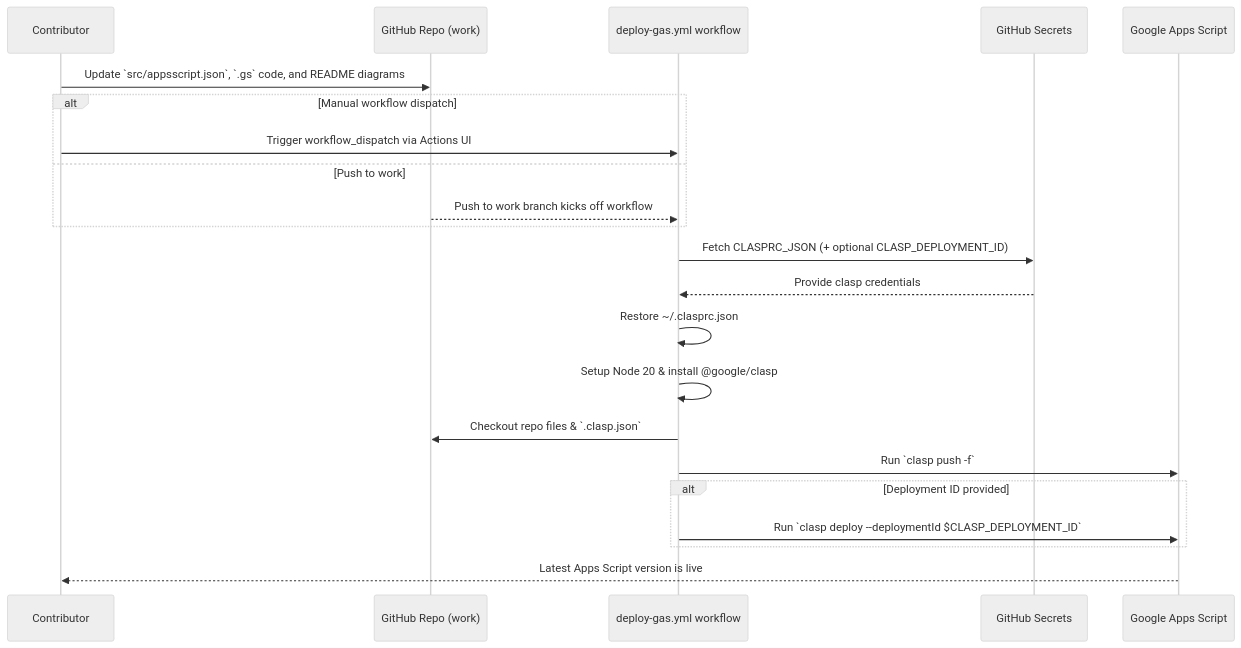
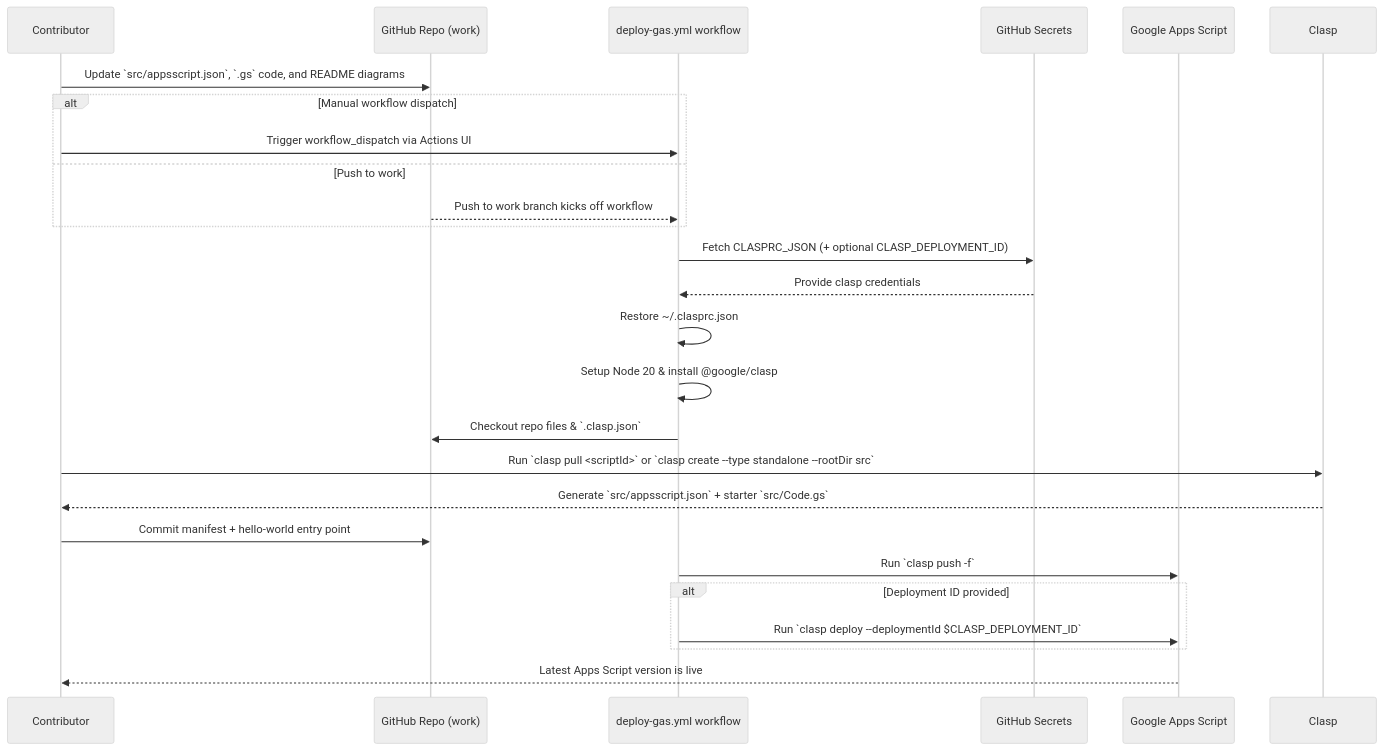
Before and after one commit to muyueh/test-clasp: the third of 5 diagrams in README.md, drawn with Mermaid (neutral theme). The commit also changed other lines of this file and 2 other files, not shown here.

Commit message:
feat: sync src with clasp hello world

````diff
--- a/README.md
+++ b/README.md
@@ -45,24 +47,27 @@
 ```mermaid
 sequenceDiagram
     participant Dev as Contributor
     participant Repo as GitHub Repo (work)
     participant CI as deploy-gas.yml workflow
     participant Secrets as GitHub Secrets
     participant GAS as Google Apps Script
     Dev->>Repo: Update `src/appsscript.json`, `.gs` code, and README diagrams
     alt Manual workflow dispatch
         Dev->>CI: Trigger workflow_dispatch via Actions UI
     else Push to work
         Repo-->>CI: Push to work branch kicks off workflow
     end
     CI->>Secrets: Fetch CLASPRC_JSON (+ optional CLASP_DEPLOYMENT_ID)
     Secrets-->>CI: Provide clasp credentials
     CI->>CI: Restore ~/.clasprc.json
     CI->>CI: Setup Node 20 & install @google/clasp
     CI->>Repo: Checkout repo files & `.clasp.json`
+    Dev->>Clasp: Run `clasp pull <scriptId>` or `clasp create --type standalone --rootDir src`
+    Clasp-->>Dev: Generate `src/appsscript.json` + starter `src/Code.gs`
+    Dev->>Repo: Commit manifest + hello-world entry point
     CI->>GAS: Run `clasp push -f`
     alt Deployment ID provided
         CI->>GAS: Run `clasp deploy --deploymentId $CLASP_DEPLOYMENT_ID`
     end
     GAS-->>Dev: Latest Apps Script version is live
 ```
````
